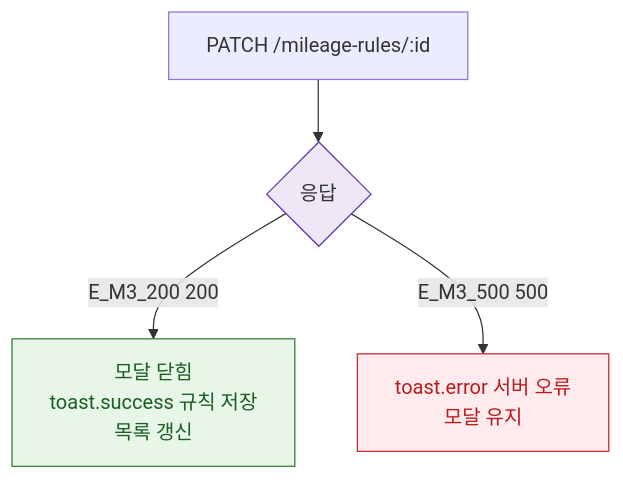
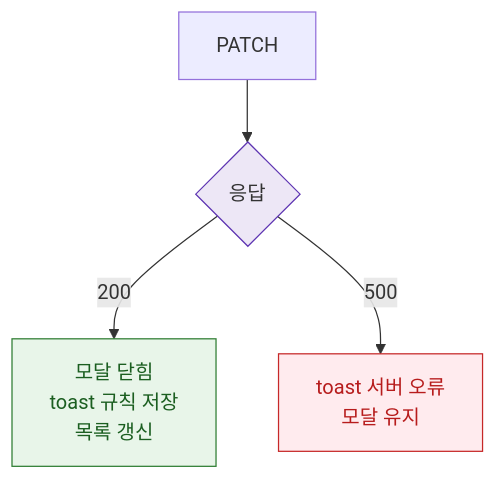
The diagram in docs/다이어그램/D08_마케팅/DLG/DLG-074-001_적립규칙편집/M3_결과분기.md (dev-spogym/admin-pando), drawn with Mermaid before and after one commit. The commit also changed other lines of this file and 1660 other files, not shown here.

First line of the commit message:
다이어그램: 기획자/클라이언트 납품본으로 정리

````diff
--- a/docs/다이어그램/D08_마케팅/DLG/DLG-074-001_적립규칙편집/M3_결과분기.md
+++ b/docs/다이어그램/D08_마케팅/DLG/DLG-074-001_적립규칙편집/M3_결과분기.md
@@ -14,14 +12,14 @@
 ```mermaid
 flowchart TD
-  API[PATCH /mileage-rules/:id] --> RESP{응답}
-  RESP -->|E_M3_200 200| OK[모달 닫힘\ntoast.success 규칙 저장\n목록 갱신]
-  RESP -->|E_M3_500 500| ERR[toast.error 서버 오류\n모달 유지]
+  API[PATCH] --> RESP{응답}
+  RESP -->|200|OK[모달 닫힘\ntoast 규칙 저장\n목록 갱신]
+  RESP -->|500|ERR[toast 서버 오류\n모달 유지]
 
-  classDef success     fill:#E8F5E9,stroke:#2E7D32,color:#1B5E20
-  classDef error       fill:#FFEBEE,stroke:#C62828,color:#B71C1C
-  classDef system      fill:#EDE7F6,stroke:#5E35B2
+  classDef success fill:#E8F5E9,stroke:#2E7D32,color:#1B5E20
+  classDef error fill:#FFEBEE,stroke:#C62828,color:#B71C1C
+  classDef system fill:#EDE7F6,stroke:#5E35B2
 
   class OK success
   class ERR error
   class RESP system
 ```
````
